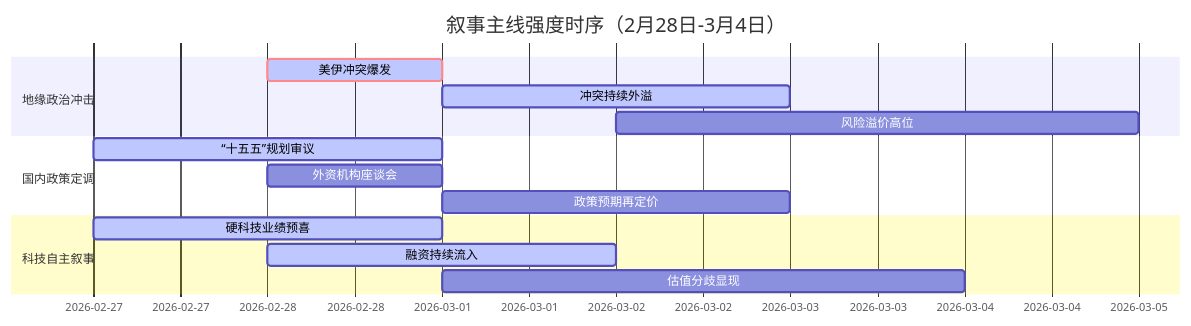
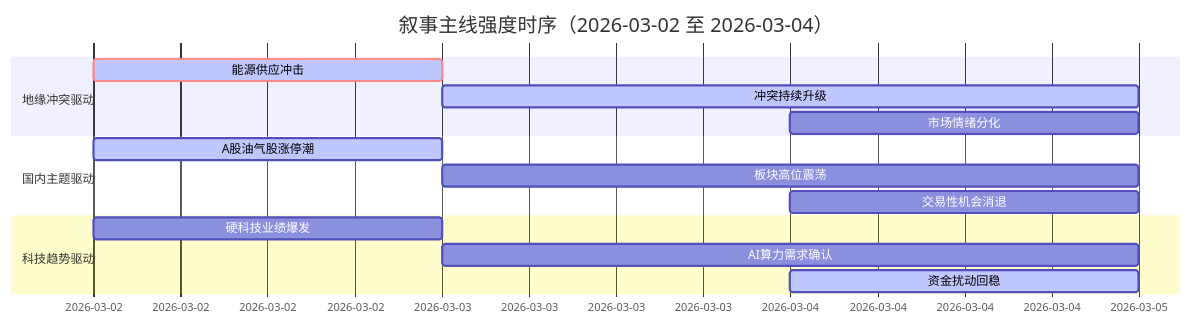
One commit to uu5zn/uu5zn.github.io changed the diagram in 5day_report.md. Above: the diagram before and after it, drawn with Mermaid. The commit also changed other lines of this file and 19 other files, not shown here.

````diff
--- a/5day_report.md
+++ b/5day_report.md
@@ -57,19 +55,19 @@
 ```mermaid
 gantt
-    title 叙事主线强度时序（2月28日-3月4日）
+    title 叙事主线强度时序（2026-03-02 至 2026-03-04）
     dateFormat  YYYY-MM-DD
-    section 地缘政治冲击
-    美伊冲突爆发   :crit, active, 2026-02-28, 1d
-    冲突持续外溢   :active, 2026-03-01, 2d
-    风险溢价高位   :2026-03-02, 3d
+    section 地缘冲突驱动
+    能源供应冲击   :crit, active, 2026-03-02, 1d
+    冲突持续升级   :active, 2026-03-03, 2d
+    市场情绪分化   :2026-03-04, 1d
     
-    section 国内政策定调
-    “十五五”规划审议  :active, 2026-02-27, 2d
-    外资机构座谈会   :2026-02-28, 1d
-    政策预期再定价   :2026-03-01, 2d
+    section 国内主题驱动
+    A股油气股涨停潮 :active, 2026-03-02, 1d
+    板块高位震荡   :2026-03-03, 2d
+    交易性机会消退 :2026-03-04, 1d
     
-    section 科技自主叙事
-    硬科技业绩预喜  :active, 2026-02-27, 2d
-    融资持续流入   :active, 2026-02-28, 2d
-    估值分歧显现   :2026-03-01, 3d
+    section 科技趋势驱动
+    硬科技业绩爆发 :2026-03-02, 1d
+    AI算力需求确认 :2026-03-03, 2d
+    资金扰动回稳   :active, 2026-03-04, 1d
 ```
````
